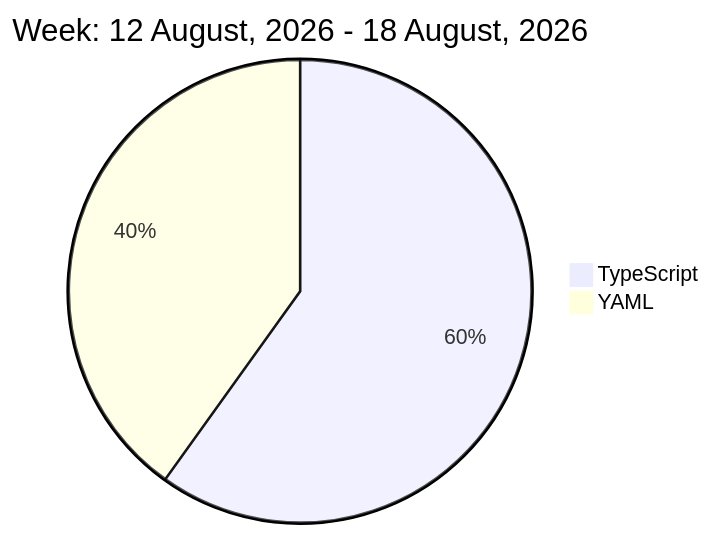
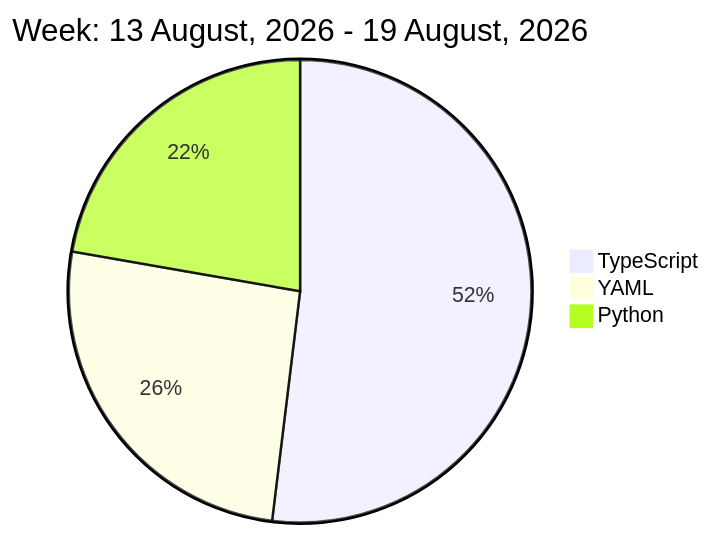
One commit to liubin95/liubin95 changed the diagram in README.md. Above: the diagram before and after it, drawn with Mermaid.

Commit message:
Updated the Graph with new Metrics

````diff
--- a/README.md
+++ b/README.md
@@ -32,6 +32,7 @@
 ```mermaid
  pie
-title Week: 12 August, 2026 - 18 August, 2026
- "TypeScript" : 5.05
- "YAML" : 3.38
+title Week: 13 August, 2026 - 19 August, 2026
+ "TypeScript" : 4.97
+ "YAML" : 2.47
+ "Python" : 2.13
 ```
````
